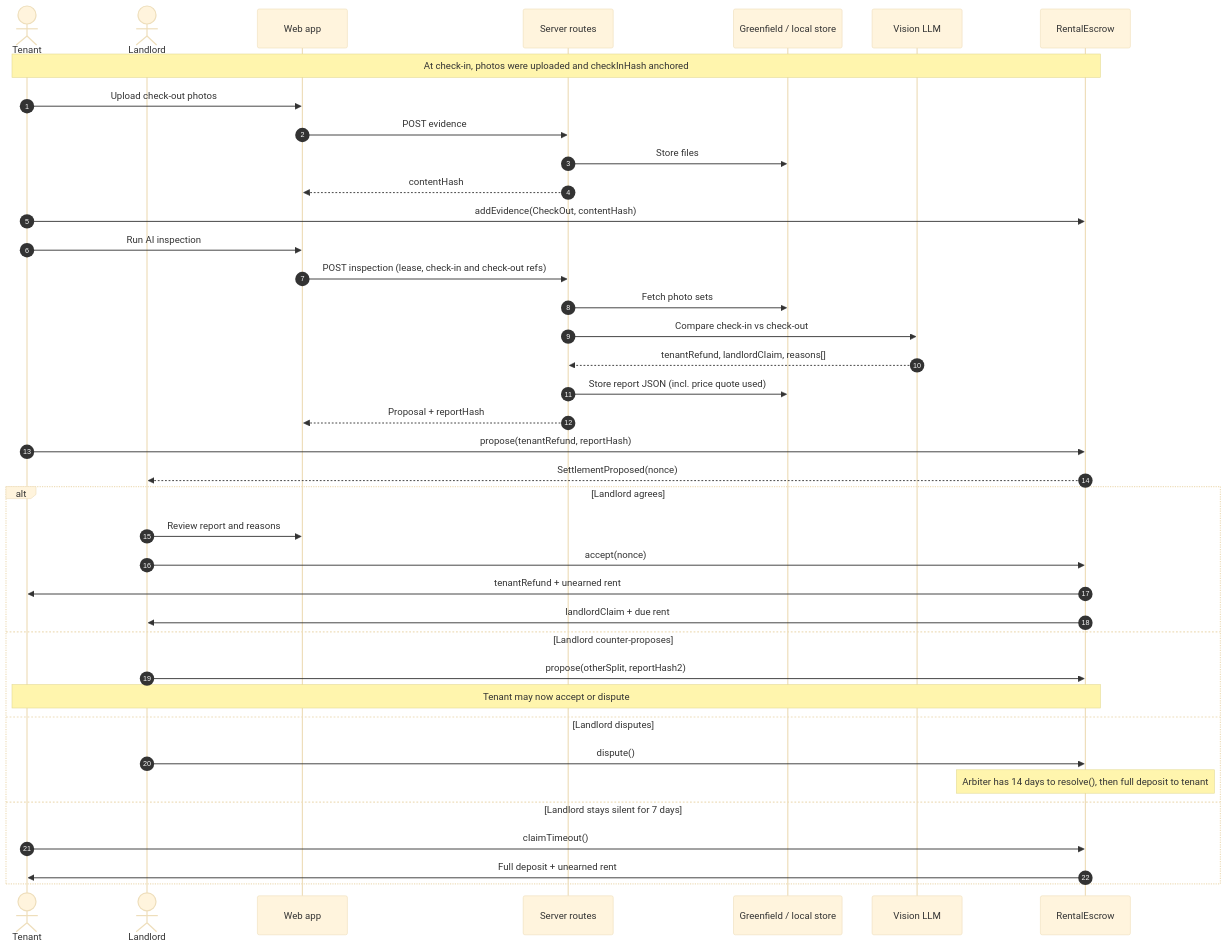
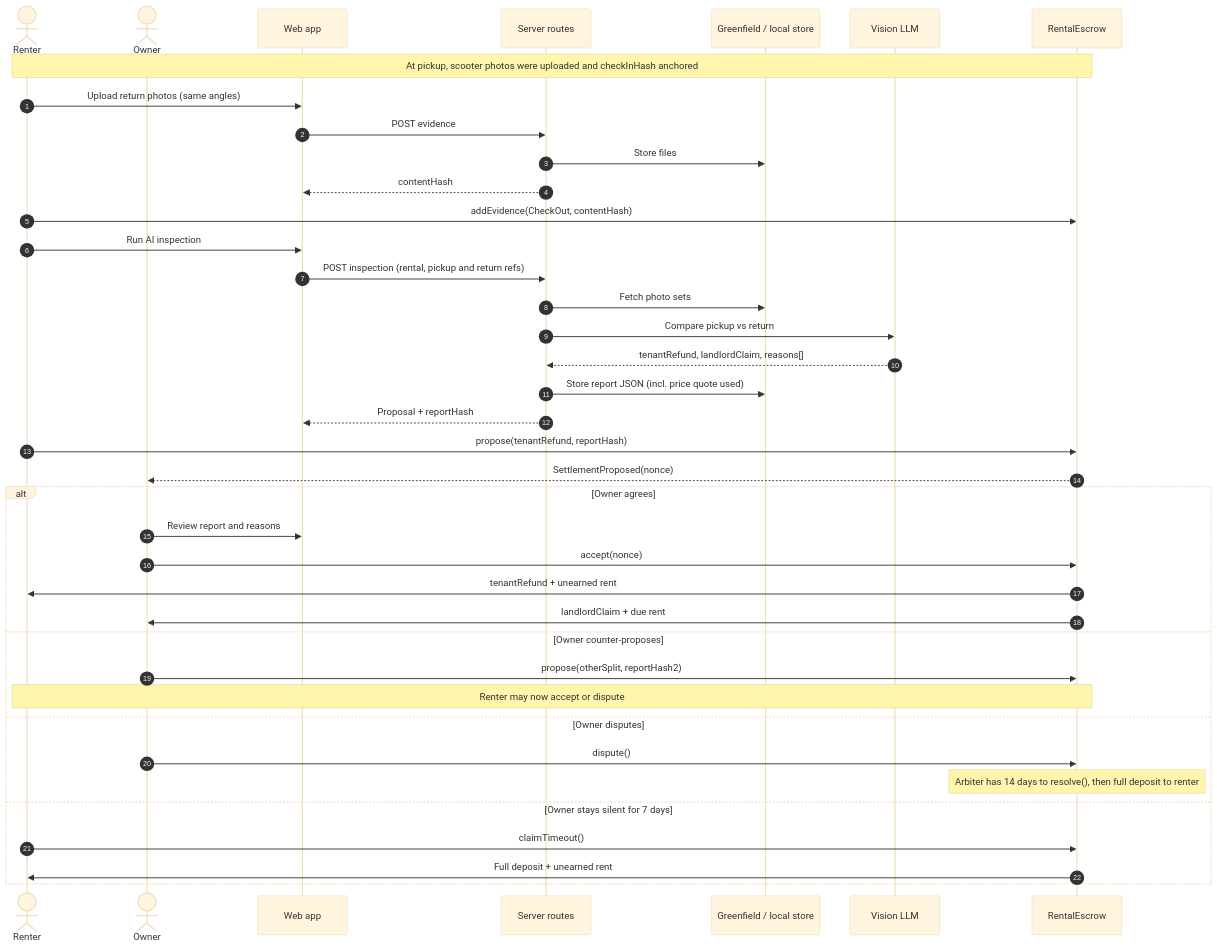
Before and after one commit to midego1/bnb-hackathon: the fourth of 4 diagrams in docs/ARCHITECTURE.md, drawn with Mermaid (base theme). The commit also changed other lines of this file and 99 other files, not shown here.

First line of the commit message:
Scooter rental lingo: owner/renter/rental/pickup/return across UI, demo, seed, agent and docs

````diff
--- a/docs/ARCHITECTURE.md
+++ b/docs/ARCHITECTURE.md
@@ -181,42 +186,42 @@
 ```mermaid
 sequenceDiagram
     autonumber
-    actor T as Tenant
-    actor L as Landlord
+    actor T as Renter
+    actor L as Owner
     participant W as Web app
     participant API as Server routes
     participant S as Greenfield / local store
     participant M as Vision LLM
     participant E as RentalEscrow
 
-    Note over T,E: At check-in, photos were uploaded and checkInHash anchored
-    T->>W: Upload check-out photos
+    Note over T,E: At pickup, scooter photos were uploaded and checkInHash anchored
+    T->>W: Upload return photos (same angles)
     W->>API: POST evidence
     API->>S: Store files
     API-->>W: contentHash
     T->>E: addEvidence(CheckOut, contentHash)
     T->>W: Run AI inspection
-    W->>API: POST inspection (lease, check-in and check-out refs)
+    W->>API: POST inspection (rental, pickup and return refs)
     API->>S: Fetch photo sets
-    API->>M: Compare check-in vs check-out
+    API->>M: Compare pickup vs return
     M-->>API: tenantRefund, landlordClaim, reasons[]
     API->>S: Store report JSON (incl. price quote used)
     API-->>W: Proposal + reportHash
     T->>E: propose(tenantRefund, reportHash)
     E-->>L: SettlementProposed(nonce)
-    alt Landlord agrees
+    alt Owner agrees
         L->>W: Review report and reasons
         L->>E: accept(nonce)
         E->>T: tenantRefund + unearned rent
         E->>L: landlordClaim + due rent
-    else Landlord counter-proposes
+    else Owner counter-proposes
         L->>E: propose(otherSplit, reportHash2)
-        Note over T,E: Tenant may now accept or dispute
-    else Landlord disputes
+        Note over T,E: Renter may now accept or dispute
+    else Owner disputes
         L->>E: dispute()
-        Note over E: Arbiter has 14 days to resolve(), then full deposit to tenant
-    else Landlord stays silent for 7 days
+        Note over E: Arbiter has 14 days to resolve(), then full deposit to renter
+    else Owner stays silent for 7 days
         T->>E: claimTimeout()
         E->>T: Full deposit + unearned rent
     end
 ```
````
